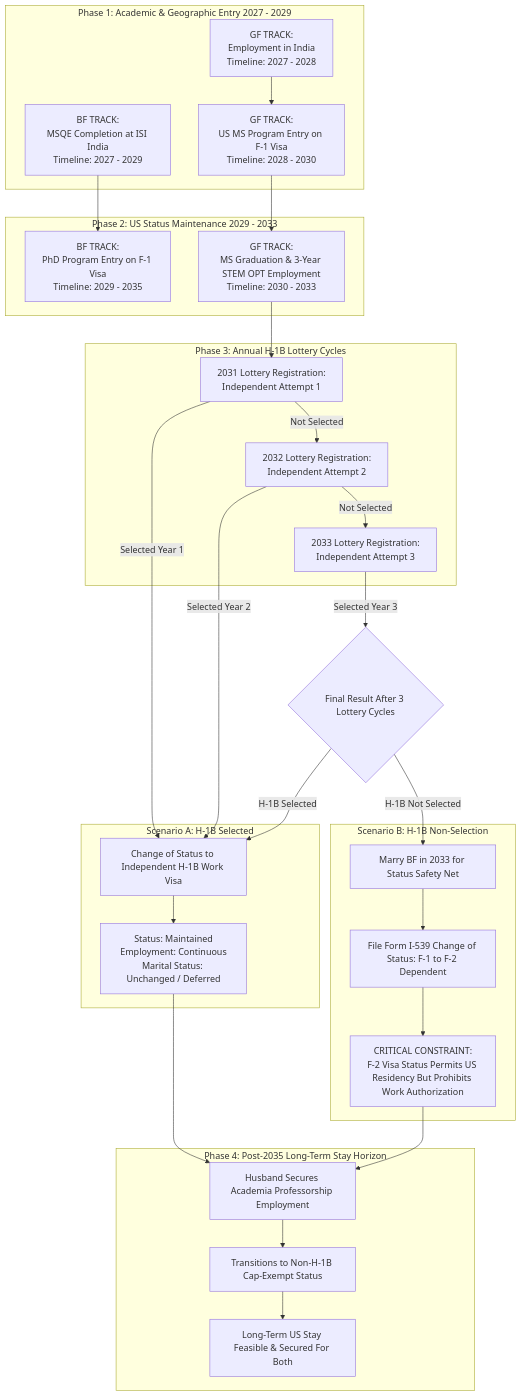
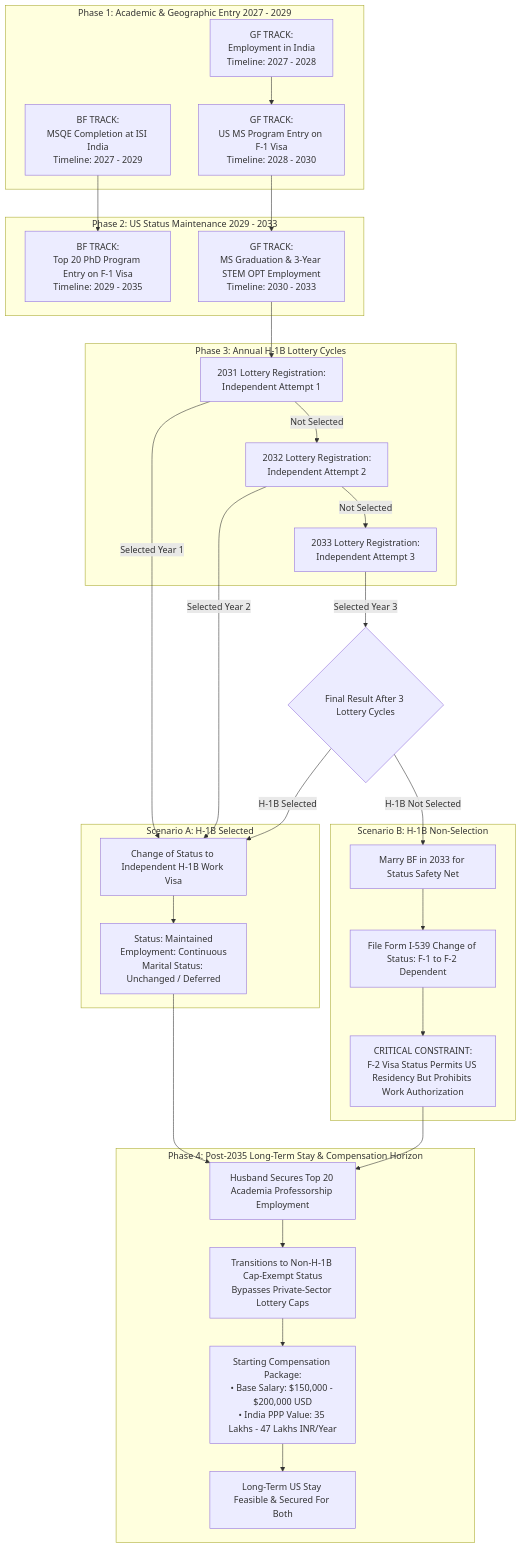
Before and after one commit to snapradeon2005123/TalentScanAI: the diagram in mrinali2.mmd, drawn with Mermaid.

```diff
--- a/mrinali2.mmd
+++ b/mrinali2.mmd
@@ -1,82 +1,84 @@
 graph TD
     %% ---------------------------------------------
     %% PHASE 1: INITIAL SEPARATION
     %% ---------------------------------------------
     subgraph Phase_1 [Phase 1: Academic & Geographic Entry 2027 - 2029]
         Track_A1[BF TRACK:<br>MSQE Completion at ISI India<br>Timeline: 2027 - 2029]
         
         Track_B1[GF TRACK:<br>Employment in India<br>Timeline: 2027 - 2028]
         Track_B2[GF TRACK:<br>US MS Program Entry on F-1 Visa<br>Timeline: 2028 - 2030]
         
         Track_B1 --> Track_B2
     end
 
     %% ---------------------------------------------
     %% PHASE 2: PARALLEL US STATUS
     %% ---------------------------------------------
     subgraph Phase_2 [Phase 2: US Status Maintenance 2029 - 2033]
-        Track_A2[BF TRACK:<br>PhD Program Entry on F-1 Visa<br>Timeline: 2029 - 2035]
+        Track_A2[BF TRACK:<br>Top 20 PhD Program Entry on F-1 Visa<br>Timeline: 2029 - 2035]
         
         Track_B3[GF TRACK:<br>MS Graduation & 3-Year STEM OPT Employment<br>Timeline: 2030 - 2033]
     end
     
     Track_A1 --> Track_A2
     Track_B2 --> Track_B3
 
     %% ---------------------------------------------
     %% PHASE 3: ANNUAL LOTTERY REGISTRATIONS
     %% ---------------------------------------------
     subgraph Phase_3 [Phase 3: Annual H-1B Lottery Cycles]
         L1[2031 Lottery Registration:<br>Independent Attempt 1]
         L2[2032 Lottery Registration:<br>Independent Attempt 2]
         L3[2033 Lottery Registration:<br>Independent Attempt 3]
         
         L1 -- Not Selected --> L2
         L2 -- Not Selected --> L3
     end
     
     Track_B3 --> L1
 
     %% ---------------------------------------------
     %% DECISION FORK (POST-LOTTERY 3)
     %% ---------------------------------------------
     Decision{Final Result After 3 Lottery Cycles}
     L1 -- Selected Year 1 --> H1B_App
     L2 -- Selected Year 2 --> H1B_App
     L3 -- Selected Year 3 --> Decision
     
     %% SCENARIO A: H-1B SELECTION
     subgraph Scenario_A [Scenario A: H-1B Selected]
         H1B_App[Change of Status to Independent H-1B Work Visa]
         Maintain_Ind[Status: Maintained<br>Employment: Continuous<br>Marital Status: Unchanged / Deferred]
         
         H1B_App --> Maintain_Ind
     end
 
     %% SCENARIO B: H-1B NON-SELECTION
     subgraph Scenario_B [Scenario B: H-1B Non-Selection]
         Action_Marry[Marry BF in 2033 for Status Safety Net]
         F2_Filing[File Form I-539 Change of Status: F-1 to F-2 Dependent]
         Work_Restriction[CRITICAL CONSTRAINT:<br>F-2 Visa Status Permits US Residency But Prohibits Work Authorization]
         
         Action_Marry --> F2_Filing
         F2_Filing --> Work_Restriction
     end
 
     Decision -- H-1B Selected --> H1B_App
     Decision -- H-1B Not Selected --> Action_Marry
 
     %% ---------------------------------------------
     %% PHASE 4: POST-2035 HORIZON
     %% ---------------------------------------------
-    subgraph Phase_4 [Phase 4: Post-2035 Long-Term Stay Horizon]
-        Academia_Job[Husband Secures Academia Professorship Employment]
-        Cap_Exempt[Transitions to Non-H-1B Cap-Exempt Status]
+    subgraph Phase_4 [Phase 4: Post-2035 Long-Term Stay & Compensation Horizon]
+        Academia_Job[Husband Secures Top 20 Academia Professorship Employment]
+        Cap_Exempt[Transitions to Non-H-1B Cap-Exempt Status<br>Bypasses Private-Sector Lottery Caps]
+        Salary_Package[Starting Compensation Package:<br>• Base Salary: $150,000 - $200,000 USD<br>• India PPP Value: 35 Lakhs - 47 Lakhs INR/Year]
         Long_Term_Stay[Long-Term US Stay Feasible & Secured For Both]
         
         Academia_Job --> Cap_Exempt
-        Cap_Exempt --> Long_Term_Stay
+        Cap_Exempt --> Salary_Package
+        Salary_Package --> Long_Term_Stay
     end
 
     Maintain_Ind --> Academia_Job
     Work_Restriction --> Academia_Job
```
